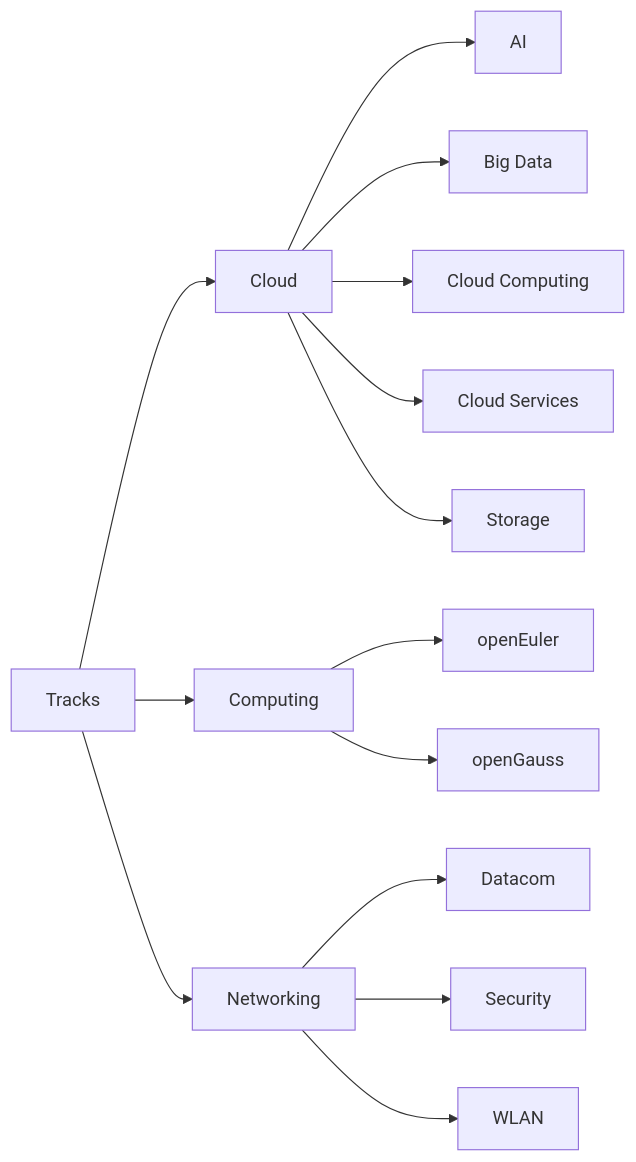
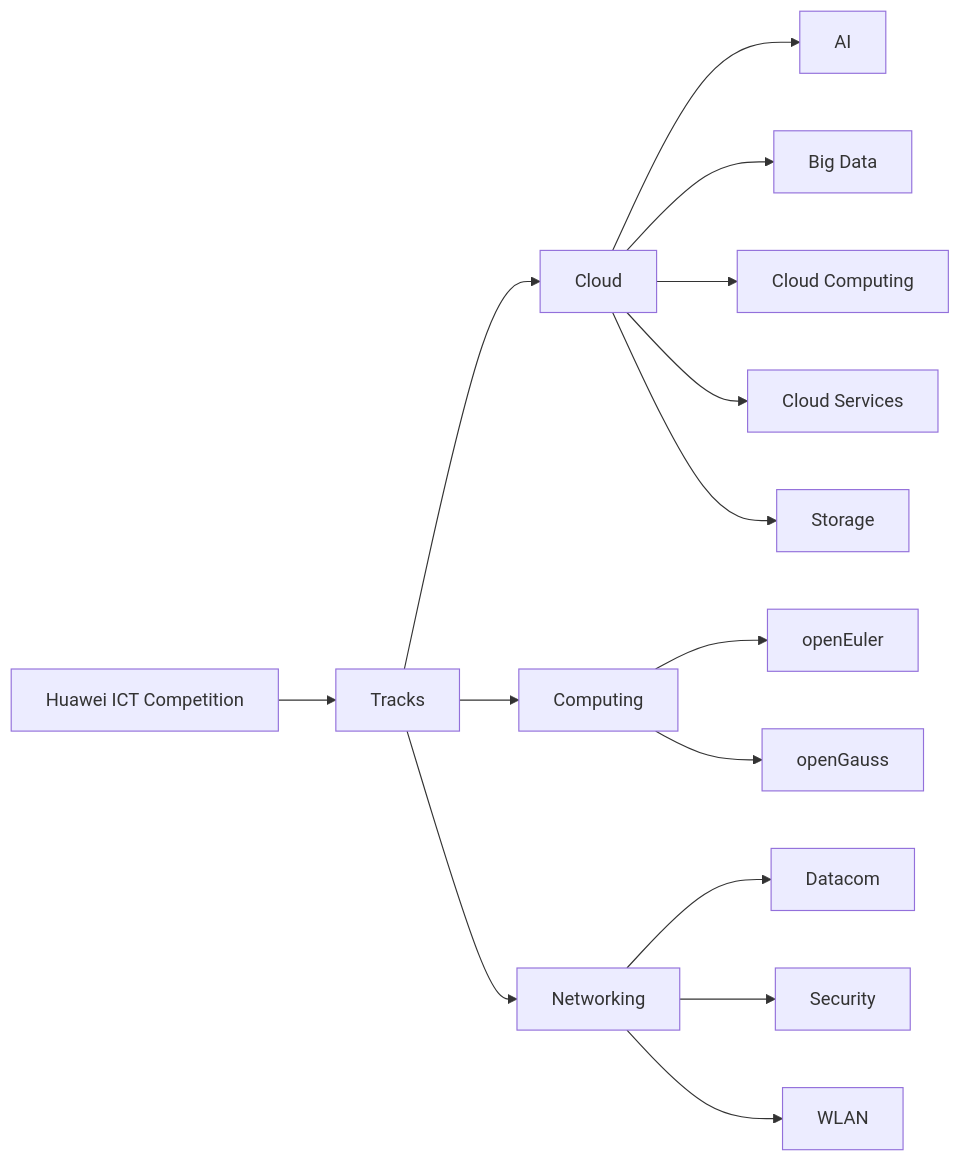
One commit to claytones/huawei changed the diagram in huawei-ict-competition/README.md. Above: the diagram before and after it, drawn with Mermaid.

Commit message:
Versão com diretórios atualizados

````diff
--- a/huawei-ict-competition/README.md
+++ b/huawei-ict-competition/README.md
@@ -6,19 +6,20 @@
 ```mermaid
 graph LR
+W[Huawei ICT Competition] --> A
 A[Tracks] --> B[Cloud]
 A --> C[Computing]
 A --> D[Networking]
 
 B --> E[AI]
 B --> F[Big Data]
 B --> G[Cloud Computing]
 B --> H[Cloud Services]
 B --> I[Storage]
 
 C --> J[openEuler]
 C --> K[openGauss]
 
 D --> L[Datacom]
 D --> M[Security]
 D --> N[WLAN]
 ```
````
